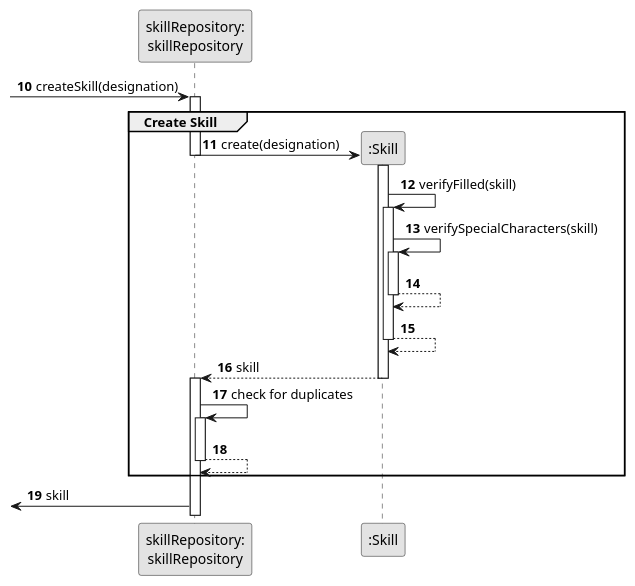
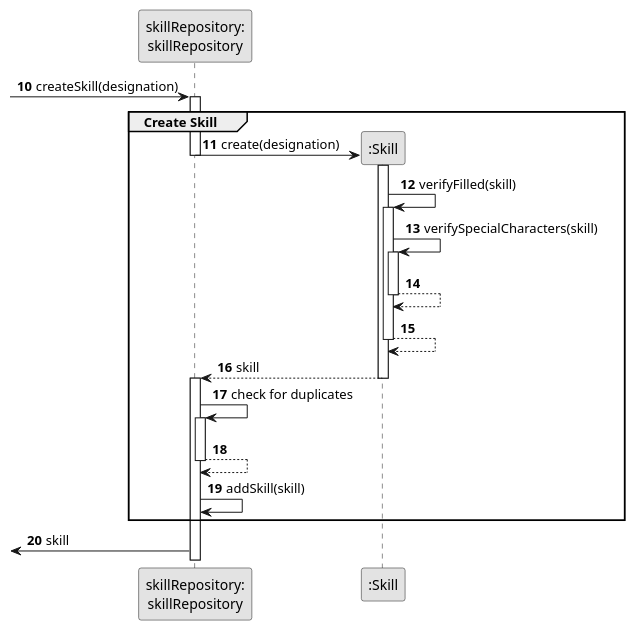
The diagram in docs/sprintB/us001/03.design/puml/us001-sequence-diagram-partial-create-skill.puml (ricardomm7/leaflink), drawn with PlantUML before and after one commit. The commit also changed 30 other files, not shown here.

```diff
--- a/docs/sprintB/us001/03.design/puml/us001-sequence-diagram-partial-create-skill.puml
+++ b/docs/sprintB/us001/03.design/puml/us001-sequence-diagram-partial-create-skill.puml
@@ -1,39 +1,42 @@
 @startuml
 skinparam monochrome true
 skinparam packageStyle rectangle
 skinparam shadowing false
 
 autonumber 10
 
 participant "skillRepository:\nskillRepository" as skillRepository
 participant ":Skill" as Skill
 
 -> skillRepository : createSkill(designation)
 activate skillRepository
 group Create Skill
     skillRepository-> Skill** : create(designation)
     deactivate skillRepository
         activate Skill
 
     Skill -> Skill : verifyFilled(skill)
         activate Skill
         Skill -> Skill : verifySpecialCharacters(skill)
         activate Skill
         Skill --> Skill
     deactivate Skill
     Skill --> Skill
     deactivate Skill
 
     Skill --> skillRepository : skill
     deactivate Skill
     activate skillRepository
 
     skillRepository -> skillRepository : check for duplicates
         activate skillRepository
         skillRepository -->skillRepository
         deactivate skillRepository
 
+            skillRepository -> skillRepository: addSkill(skill)
+
+
 end
  <- skillRepository: skill
 
 @enduml
```
